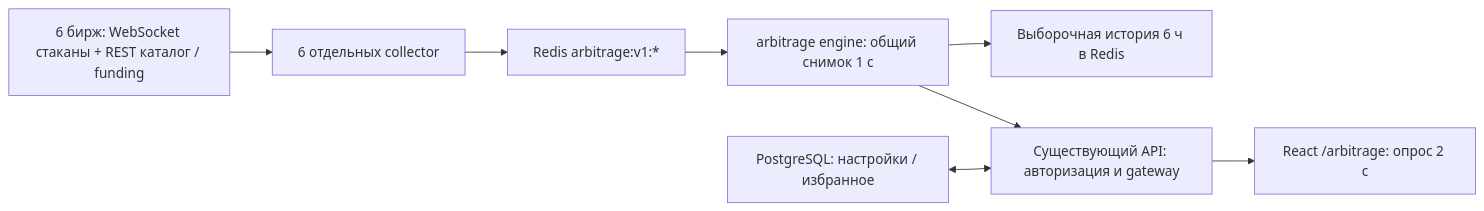
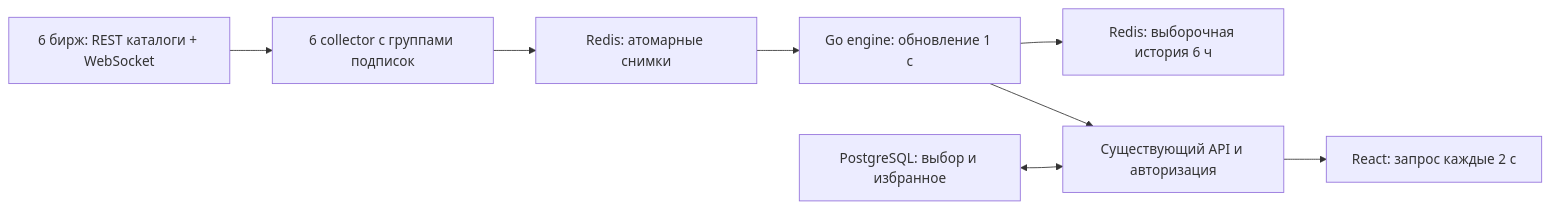
One commit to blackvova-hub/my-project changed the diagram in docs/arbitrage/report.md. Above: the diagram before and after it, drawn with Mermaid. The commit also changed other lines of this file and 44 other files, not shown here.

````diff
--- a/docs/arbitrage/report.md
+++ b/docs/arbitrage/report.md
@@ -23,10 +33,10 @@
 ```mermaid
 flowchart LR
-  E[6 бирж: WebSocket стаканы + REST каталог / funding] --> C[6 отдельных collector]
-  C --> R[Redis arbitrage:v1:*]
-  R --> S[arbitrage engine: общий снимок 1 с]
-  S --> H[Выборочная история 6 ч в Redis]
-  S --> A[Существующий API: авторизация и gateway]
-  P[PostgreSQL: настройки / избранное] <--> A
-  A --> F[React /arbitrage: опрос 2 с]
+  E[6 бирж: REST каталоги + WebSocket] --> C[6 collector с группами подписок]
+  C --> R[Redis: атомарные снимки]
+  R --> S[Go engine: обновление 1 с]
+  S --> H[Redis: выборочная история 6 ч]
+  S --> A[Существующий API и авторизация]
+  P[PostgreSQL: выбор и избранное] <--> A
+  A --> F[React: запрос каждые 2 с]
 ```
````
